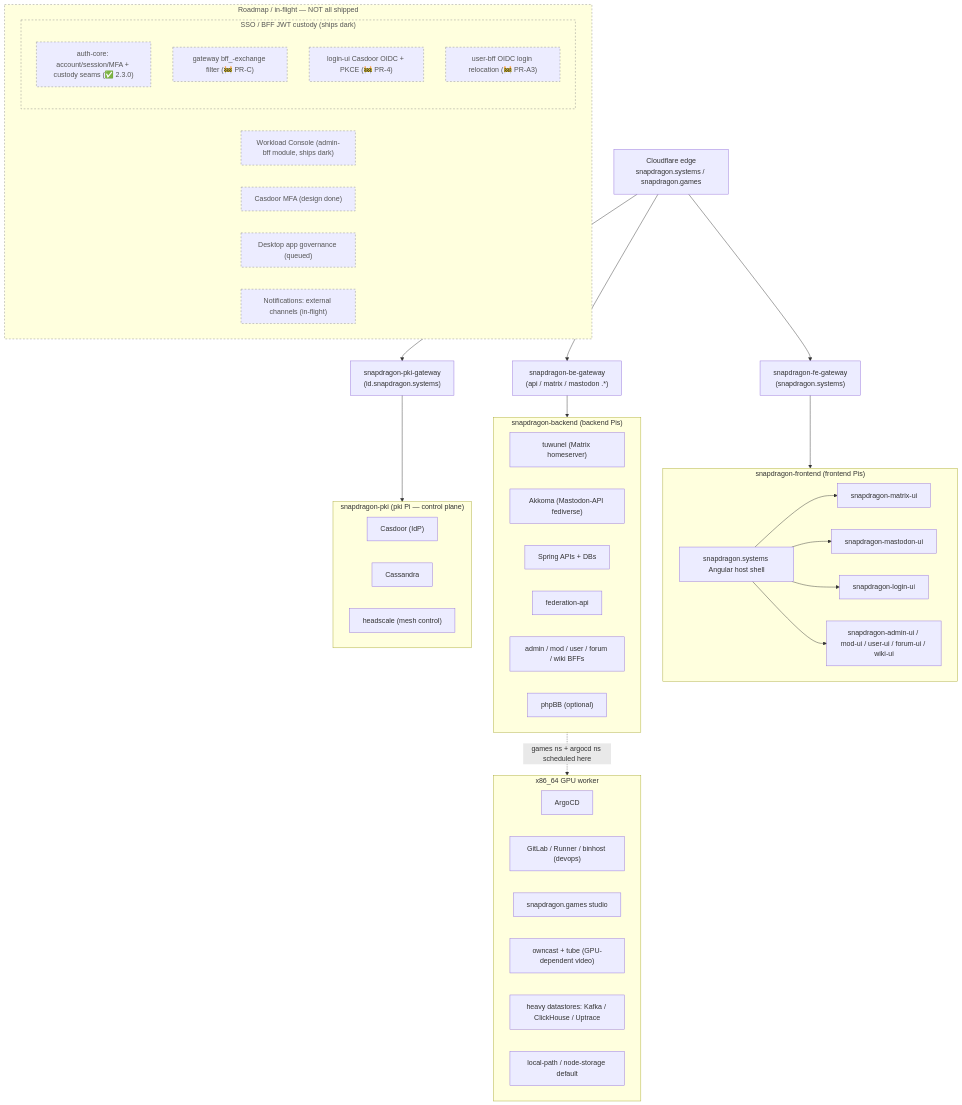
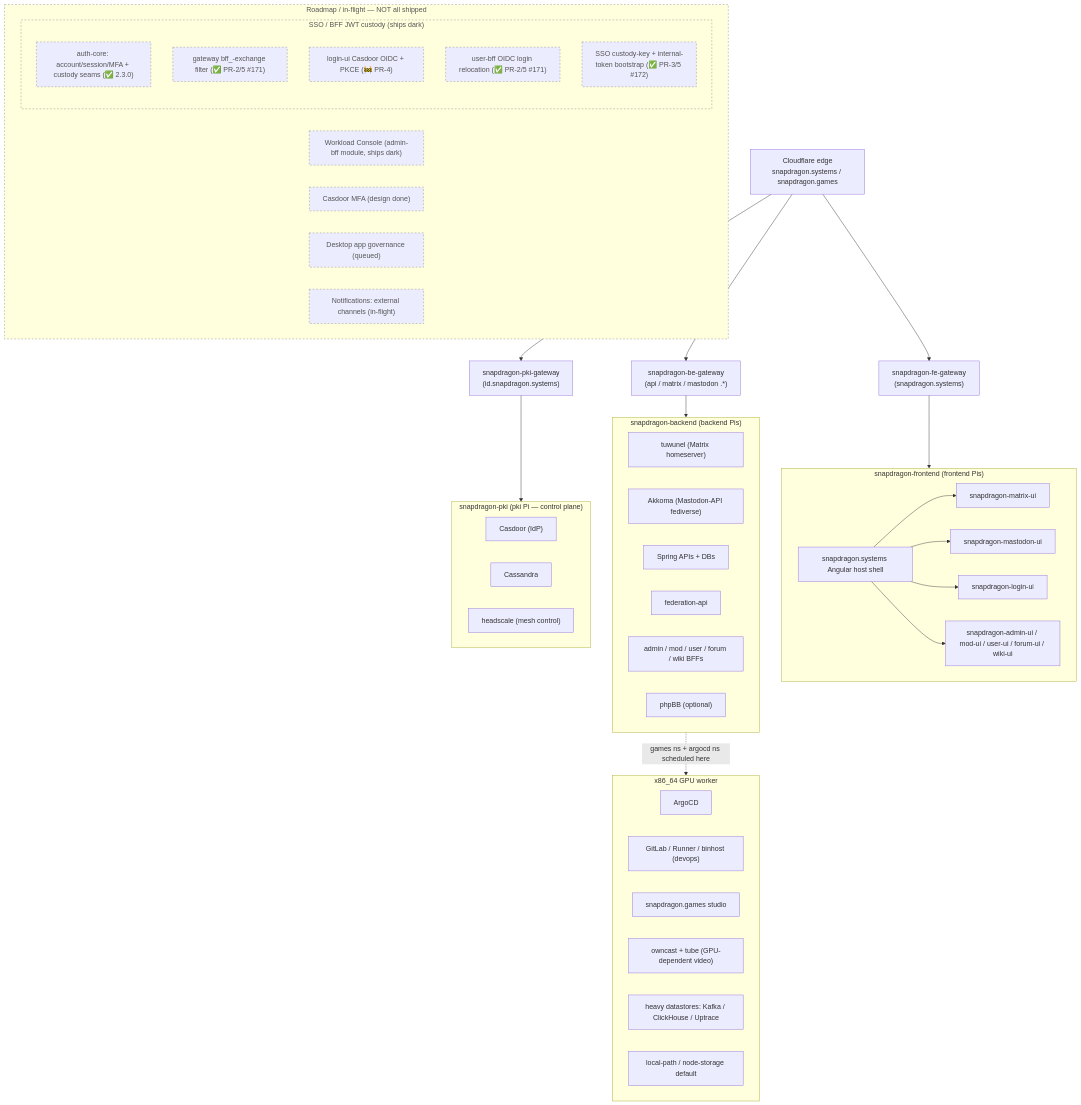
Before and after one commit to hugmesh/hugmesh-generator: the first of 2 diagrams in docs/ARCHITECTURE.md, drawn with Mermaid. The commit also changed other lines of this file and 2 other files, not shown here.

````diff
--- a/docs/ARCHITECTURE.md
+++ b/docs/ARCHITECTURE.md
@@ -24,60 +24,61 @@
 ```mermaid
 flowchart TD
     CF["Cloudflare edge<br/>snapdragon.systems / snapdragon.games"]
     CF --> FEGW["snapdragon-fe-gateway<br/>(snapdragon.systems)"]
     CF --> BEGW["snapdragon-be-gateway<br/>(api / matrix / mastodon .*)"]
     CF --> PKIGW["snapdragon-pki-gateway<br/>(id.snapdragon.systems)"]
 
     subgraph FE["snapdragon-frontend (frontend Pis)"]
         HOST["snapdragon.systems Angular host shell"]
         HOST --> MUI["snapdragon-matrix-ui"]
         HOST --> MASTUI["snapdragon-mastodon-ui"]
         HOST --> LOGINUI["snapdragon-login-ui"]
         HOST --> ADMINUI["snapdragon-admin-ui / mod-ui / user-ui / forum-ui / wiki-ui"]
     end
 
     subgraph BE["snapdragon-backend (backend Pis)"]
         TUW["tuwunel (Matrix homeserver)"]
         AKK["Akkoma (Mastodon-API fediverse)"]
         APIS["Spring APIs + DBs"]
         FEDAPI["federation-api"]
         BFFS["admin / mod / user / forum / wiki BFFs"]
         PHPBB["phpBB (optional)"]
     end
 
     subgraph PKI["snapdragon-pki (pki Pi — control plane)"]
         CAS["Casdoor (IdP)"]
         CASS["Cassandra"]
         HS["headscale (mesh control)"]
     end
 
     subgraph X86["x86_64 GPU worker"]
         ARGO["ArgoCD"]
         DEVOPS["GitLab / Runner / binhost (devops)"]
         GAMES["snapdragon.games studio"]
         VIDEO["owncast + tube (GPU-dependent video)"]
         HEAVY["heavy datastores: Kafka / ClickHouse / Uptrace"]
         STORE["local-path / node-storage default"]
     end
 
     FEGW --> FE
     BEGW --> BE
     PKIGW --> PKI
     BE -. "games ns + argocd ns scheduled here" .-> X86
 
     subgraph ROADMAP["Roadmap / in-flight — NOT all shipped"]
         WC["Workload Console (admin-bff module, ships dark)"]
         MFA["Casdoor MFA (design done)"]
         DESKGOV["Desktop app governance (queued)"]
         NOTIFY["Notifications: external channels (in-flight)"]
         subgraph SSO["SSO / BFF JWT custody (ships dark)"]
             AUTHCORE["auth-core: account/session/MFA + custody seams (✅ 2.3.0)"]
-            GWEXCH["gateway bff_-exchange filter (🚧 PR-C)"]
+            GWEXCH["gateway bff_-exchange filter (✅ PR-2/5 #171)"]
             LOGINOIDC["login-ui Casdoor OIDC + PKCE (🚧 PR-4)"]
-            UBRELOC["user-bff OIDC login relocation (🚧 PR-A3)"]
+            UBRELOC["user-bff OIDC login relocation (✅ PR-2/5 #171)"]
+            CUSTKEY["SSO custody-key + internal-token bootstrap (✅ PR-3/5 #172)"]
         end
     end
 
     classDef planned stroke-dasharray:4,stroke:#888,color:#555;
-    class ROADMAP,WC,MFA,DESKGOV,NOTIFY,SSO,AUTHCORE,GWEXCH,LOGINOIDC,UBRELOC planned;
+    class ROADMAP,WC,MFA,DESKGOV,NOTIFY,SSO,AUTHCORE,GWEXCH,LOGINOIDC,UBRELOC,CUSTKEY planned;
 ```
````
